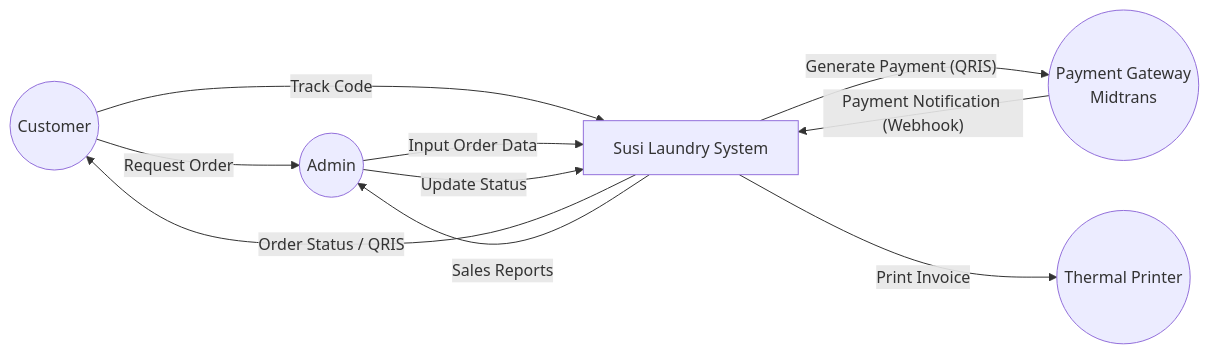
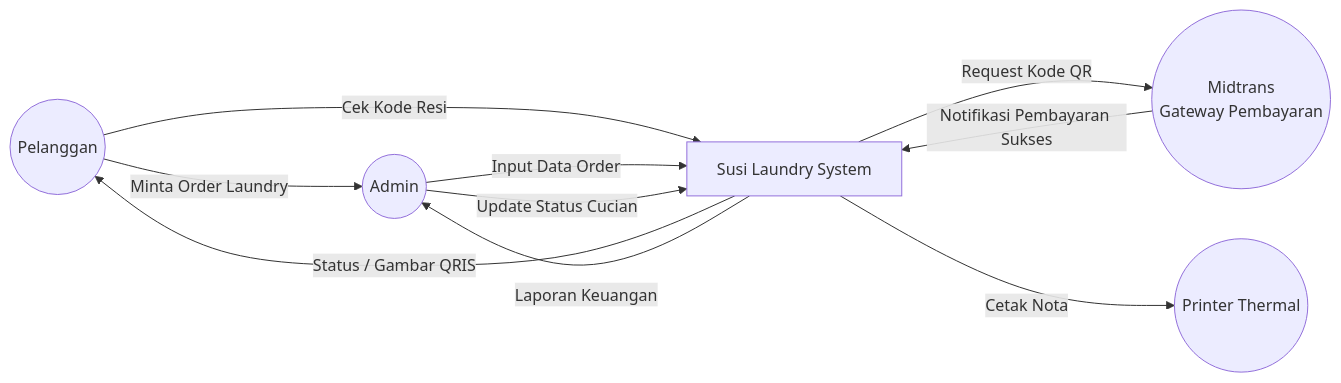
Before and after one commit to Zahh-ID/SusiLaundry: the first of 2 diagrams in docs/dfd.md, drawn with Mermaid. The commit also changed other lines of this file and 4 other files, not shown here.

````diff
--- a/docs/dfd.md
+++ b/docs/dfd.md
@@ -3,25 +7,25 @@
 ```mermaid
 graph LR
-    Customer((Customer))
+    Customer((Pelanggan))
     Admin((Admin))
     System[Susi Laundry System]
-    PaymentGateway((Payment Gateway\nMidtrans))
-    Printer((Thermal Printer))
+    PaymentGateway((Midtrans\nGateway Pembayaran))
+    Printer((Printer Thermal))
 
     %% Customer Interactions
-    Customer -- "Request Order" --> Admin
-    Customer -- "Track Code" --> System
-    System -- "Order Status / QRIS" --> Customer
+    Customer -- "Minta Order Laundry" --> Admin
+    Customer -- "Cek Kode Resi" --> System
+    System -- "Status / Gambar QRIS" --> Customer
     
     %% Admin Interactions
-    Admin -- "Input Order Data" --> System
-    Admin -- "Update Status" --> System
-    System -- "Sales Reports" --> Admin
+    Admin -- "Input Data Order" --> System
+    Admin -- "Update Status Cucian" --> System
+    System -- "Laporan Keuangan" --> Admin
     
     %% Gateway Interactions
-    System -- "Generate Payment (QRIS)" --> PaymentGateway
-    PaymentGateway -- "Payment Notification (Webhook)" --> System
+    System -- "Request Kode QR" --> PaymentGateway
+    PaymentGateway -- "Notifikasi Pembayaran Sukses" --> System
     
     %% Output
-    System -- "Print Invoice" --> Printer
+    System -- "Cetak Nota" --> Printer
 ```
````
